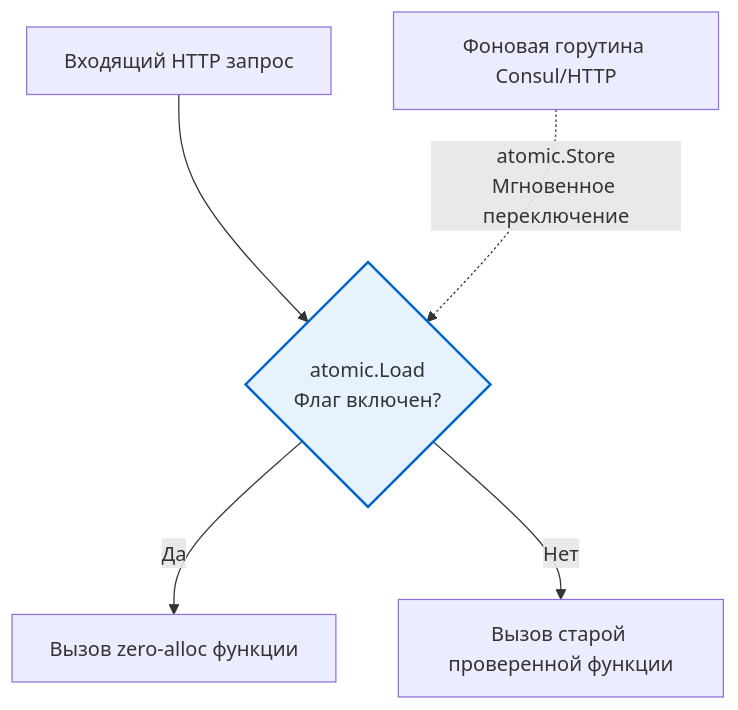
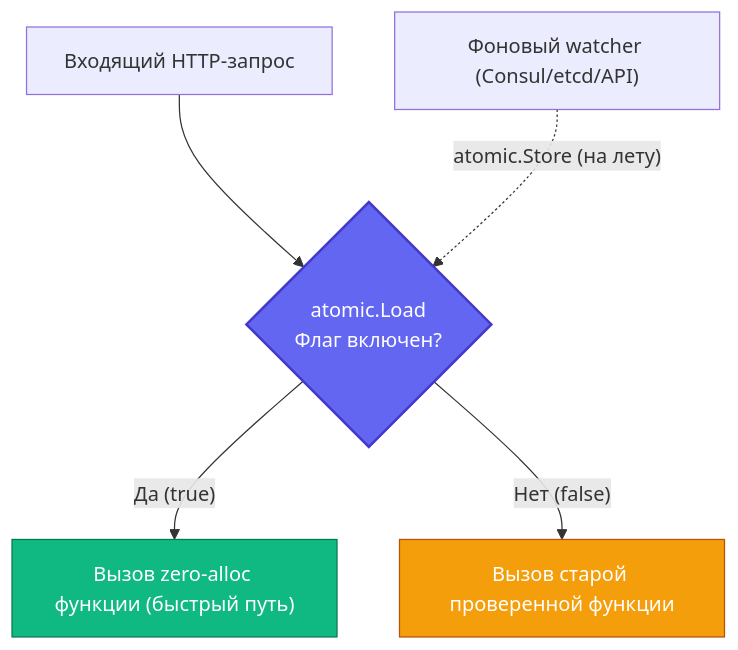
One commit to UnrealTemplier/go-textbook changed the diagram in sources/16. Профилирование, отладка и производительность/10. Highload/3. Feature flags для оптимизаций.md. Above: the diagram before and after it, drawn with Mermaid. The commit also changed other lines of this file, not shown here.

````diff
--- a/sources/16. Профилирование, отладка и производительность/10. Highload/3. Feature flags для оптимизаций.md
+++ b/sources/16. Профилирование, отладка и производительность/10. Highload/3. Feature flags для оптимизаций.md
@@ -69,9 +76,12 @@
 ```mermaid
 flowchart TD
-    A["Входящий HTTP запрос"] --> B{"atomic.Load<br>Флаг включен?"}
-    B -- "Да" --> C["Вызов zero-alloc функции"]
-    B -- "Нет" --> D["Вызов старой проверенной функции"]
-    E["Фоновая горутина Consul/HTTP"] -.->|"atomic.Store<br>Мгновенное переключение"| B
+    Req["Входящий HTTP-запрос"] --> Check{"atomic.Load<br/>Флаг включен?"}
+    Check -- "Да (true)" --> Fast["Вызов zero-alloc функции (быстрый путь)"]
+    Check -- "Нет (false)" --> Slow["Вызов старой проверенной функции"]
     
-    style B fill:#e6f3ff,stroke:#0066cc,stroke-width:2px
+    Admin["Фоновый watcher (Consul/etcd/API)"] -.->|"atomic.Store (на лету)"| Check
+    
+    style Check fill:#6366f1,stroke:#4338ca,stroke-width:2px,color:#fff
+    style Fast fill:#10b981,stroke:#047857,stroke-width:1px,color:#fff
+    style Slow fill:#f59e0b,stroke:#b45309,stroke-width:1px,color:#fff
 ```
````
